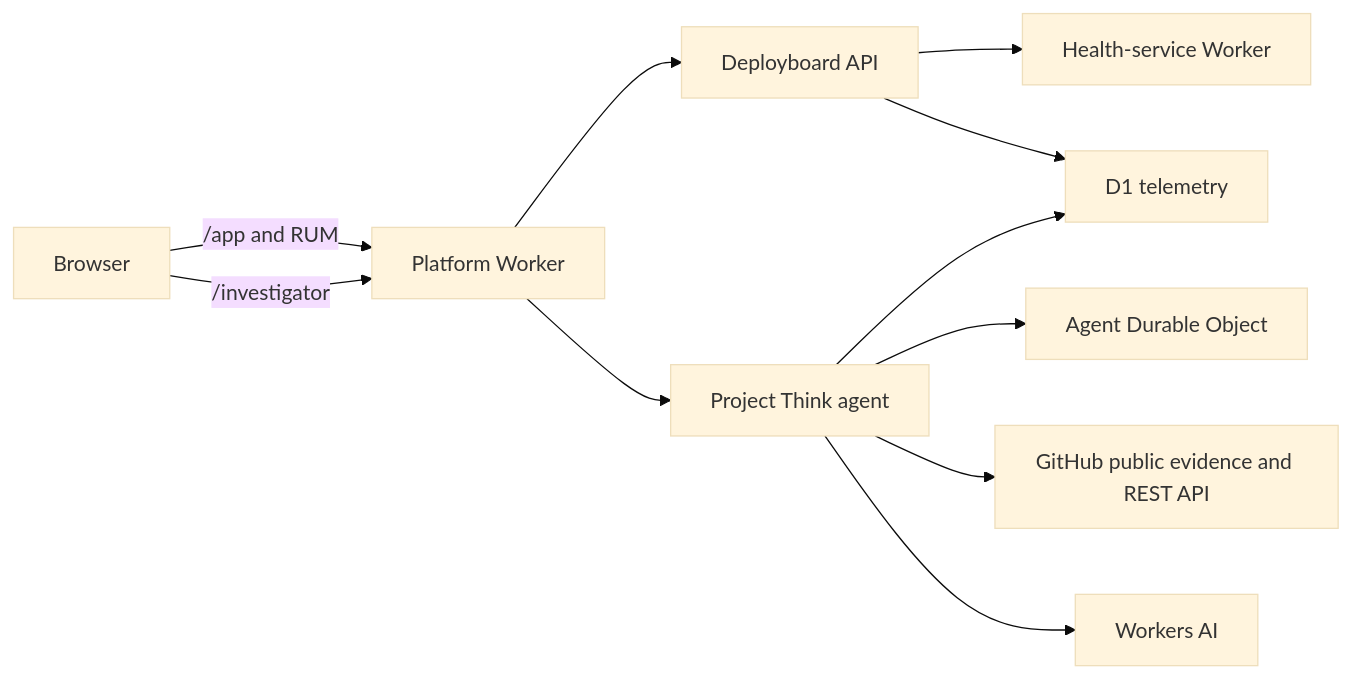
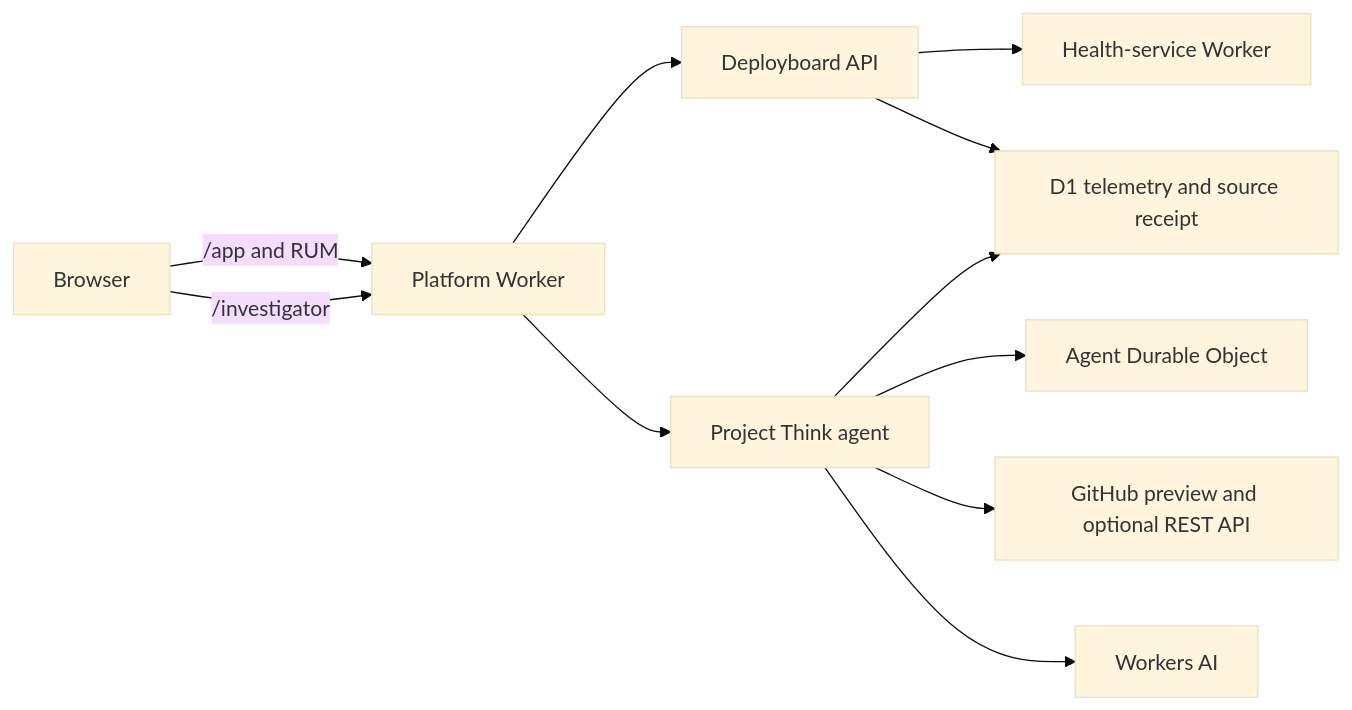
The diagram in IMPLEMENTATION_PLAN.md (alexlopashev/cloudflare-agents-demo), drawn with Mermaid (base theme) before and after one commit. The commit also changed other lines of this file and 15 other files, not shown here.

Commit message:
fix: seed immutable source evidence for review

````diff
--- a/IMPLEMENTATION_PLAN.md
+++ b/IMPLEMENTATION_PLAN.md
@@ -144,23 +144,23 @@
 ```mermaid
 flowchart LR
     Browser["Browser"]
     Platform["Platform Worker"]
     App["Deployboard API"]
     Agent["Project Think agent"]
     Health["Health-service Worker"]
-    D1["D1 telemetry"]
+    D1["D1 telemetry and source receipt"]
     DO["Agent Durable Object"]
-    GitHub["GitHub public evidence and REST API"]
+    GitHub["GitHub preview and optional REST API"]
     AI["Workers AI"]
 
     Browser -->|"/app and RUM"| Platform
     Browser -->|"/investigator"| Platform
     Platform --> App
     Platform --> Agent
     App --> Health
     App --> D1
     Agent --> D1
     Agent --> DO
     Agent --> GitHub
     Agent --> AI
 ```
````
